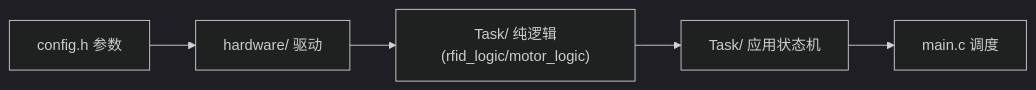
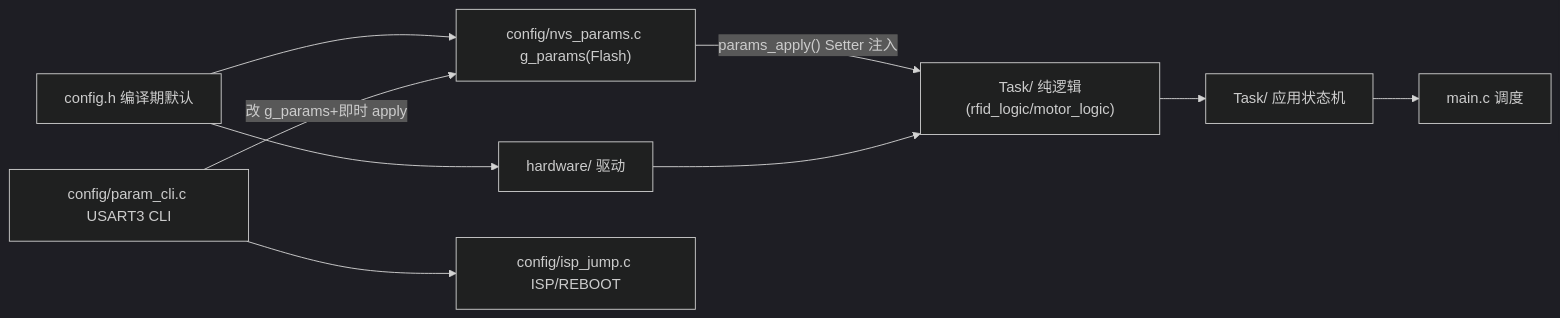
Before and after one commit to KNedwin/stm32-esp32-ai-test-car: the first of 4 diagrams in docs/知识库/stm32_rfid_tts_baremetal/03_系统架构.md, drawn with Mermaid (dark theme). The commit also changed other lines of this file and 205 other files, not shown here.

````diff
--- a/docs/知识库/stm32_rfid_tts_baremetal/03_系统架构.md
+++ b/docs/知识库/stm32_rfid_tts_baremetal/03_系统架构.md
@@ -4,7 +4,11 @@
 ```mermaid
 graph LR
-    C["config.h 参数"] --> D["hardware/ 驱动"]
-    D --> L["Task/ 纯逻辑(rfid_logic/motor_logic)"]
+    C["config.h 编译期默认"] --> N["config/nvs_params.c g_params(Flash)"]
+    N -->|"params_apply() Setter 注入"| L["Task/ 纯逻辑(rfid_logic/motor_logic)"]
+    C --> D["hardware/ 驱动"]
+    D --> L
     L --> A["Task/ 应用状态机"]
+    CLI["config/param_cli.c USART3 CLI"] -->|"改 g_params+即时 apply"| N
+    CLI --> J["config/isp_jump.c ISP/REBOOT"]
     A --> M["main.c 调度"]
 ```
````
